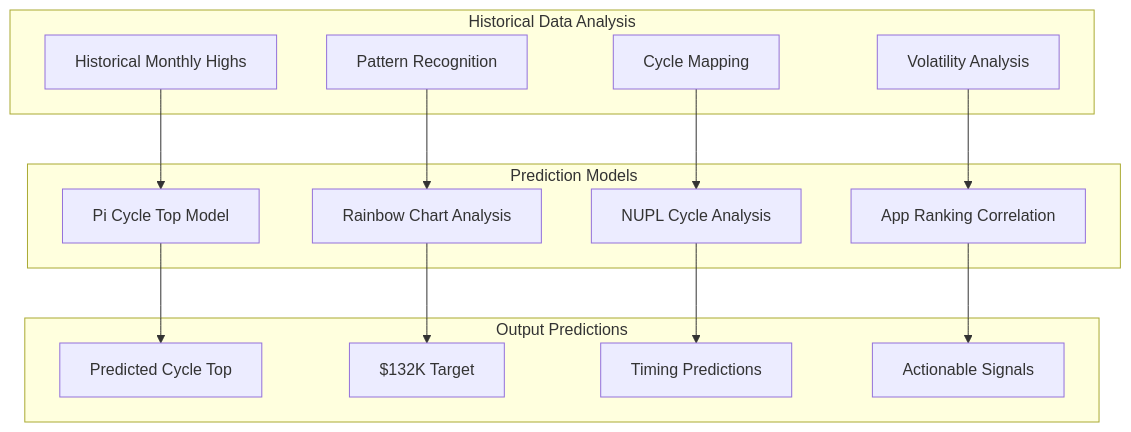
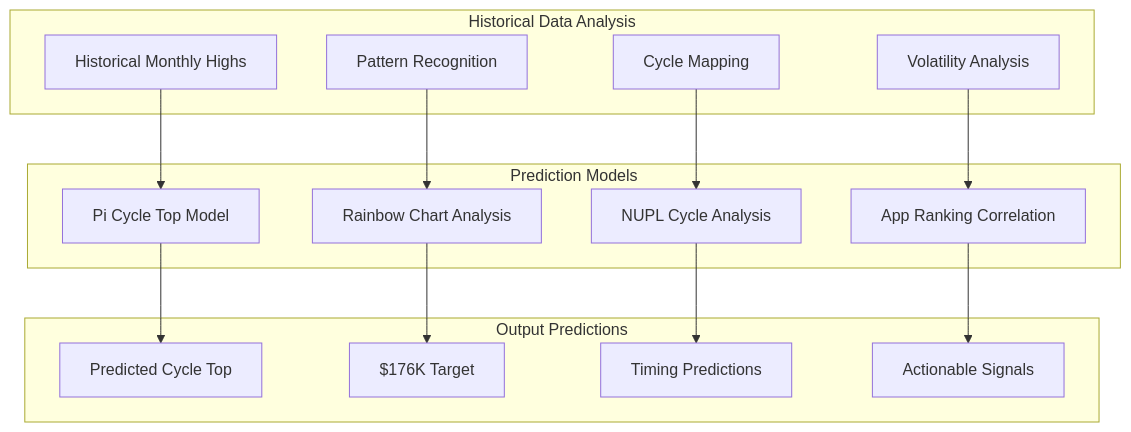
One commit to oxnr/picotop changed the second of 10 diagrams in ARCHITECTURE.md. Above: the diagram before and after it, drawn with Mermaid. The commit also changed other lines of this file and 14 other files, not shown here.

````diff
--- a/ARCHITECTURE.md
+++ b/ARCHITECTURE.md
@@ -60,33 +63,33 @@
 ```mermaid
 graph TB
     subgraph "Historical Data Analysis"
         HistoricalHigh[Historical Monthly Highs]
         PatternRecognition[Pattern Recognition]
         CycleMapping[Cycle Mapping]
         VolatilityAnalysis[Volatility Analysis]
     end
     
     subgraph "Prediction Models"
         PiCycle[Pi Cycle Top Model]
         Rainbow[Rainbow Chart Analysis]
         NUPL[NUPL Cycle Analysis]
         AppCorrelation[App Ranking Correlation]
     end
     
     subgraph "Output Predictions"
         CycleTop[Predicted Cycle Top]
-        PriceTarget[$132K Target]
+        PriceTarget[$176K Target]
         TimingPrediction[Timing Predictions]
         ActionableSignals[Actionable Signals]
     end
     
     HistoricalHigh --> PiCycle
     PatternRecognition --> Rainbow
     CycleMapping --> NUPL
     VolatilityAnalysis --> AppCorrelation
     
     PiCycle --> CycleTop
     Rainbow --> PriceTarget
     NUPL --> TimingPrediction
     AppCorrelation --> ActionableSignals
 ```
````
